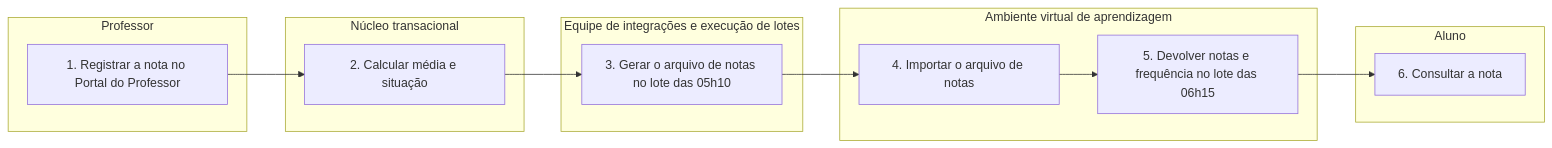
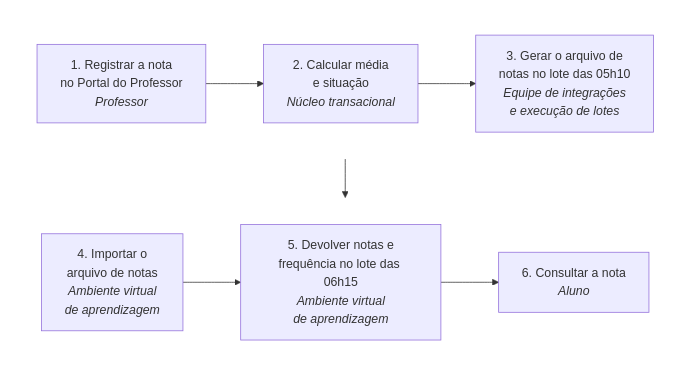
Before and after one commit to aulas-marco/projeto-arquitetura-software: the third of 3 diagrams in docs/modulo-4-dominios-da-solucao/bloco-1-arquitetura-de-negocio.md, drawn with Mermaid. The commit also changed other lines of this file and 36 other files, not shown here.

First line of the commit message:
docs(aula-4): arquitetura de dados com DMBOK e diagramas legiveis

````diff
--- a/docs/modulo-4-dominios-da-solucao/bloco-1-arquitetura-de-negocio.md
+++ b/docs/modulo-4-dominios-da-solucao/bloco-1-arquitetura-de-negocio.md
@@ -224,20 +230,14 @@
 ```mermaid
-flowchart LR
-    subgraph P["Professor"]
-        A1["1. Registrar a nota no Portal do Professor"]
+flowchart TB
+    subgraph L1[" "]
+        direction LR
+        A1["1. Registrar a nota<br/>no Portal do Professor<br/><i>Professor</i>"] --> A2["2. Calcular média<br/>e situação<br/><i>Núcleo transacional</i>"] --> A3["3. Gerar o arquivo de<br/>notas no lote das 05h10<br/><i>Equipe de integrações<br/>e execução de lotes</i>"]
     end
-    subgraph N["Núcleo transacional"]
-        A2["2. Calcular média e situação"]
+    subgraph L2[" "]
+        direction LR
+        A4["4. Importar o<br/>arquivo de notas<br/><i>Ambiente virtual<br/>de aprendizagem</i>"] --> A5["5. Devolver notas e<br/>frequência no lote das 06h15<br/><i>Ambiente virtual<br/>de aprendizagem</i>"] --> A6["6. Consultar a nota<br/><i>Aluno</i>"]
     end
-    subgraph I["Equipe de integrações e execução de lotes"]
-        A3["3. Gerar o arquivo de notas no lote das 05h10"]
-    end
-    subgraph V["Ambiente virtual de aprendizagem"]
-        A4["4. Importar o arquivo de notas"]
-        A5["5. Devolver notas e frequência no lote das 06h15"]
-    end
-    subgraph AL["Aluno"]
-        A6["6. Consultar a nota"]
-    end
-    A1 --> A2 --> A3 --> A4 --> A5 --> A6
+    L1 --> L2
+    style L1 fill:none,stroke:none
+    style L2 fill:none,stroke:none
 ```
````
